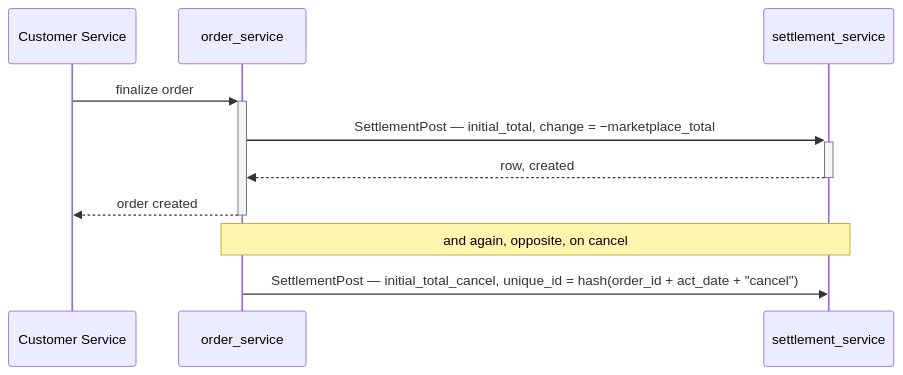
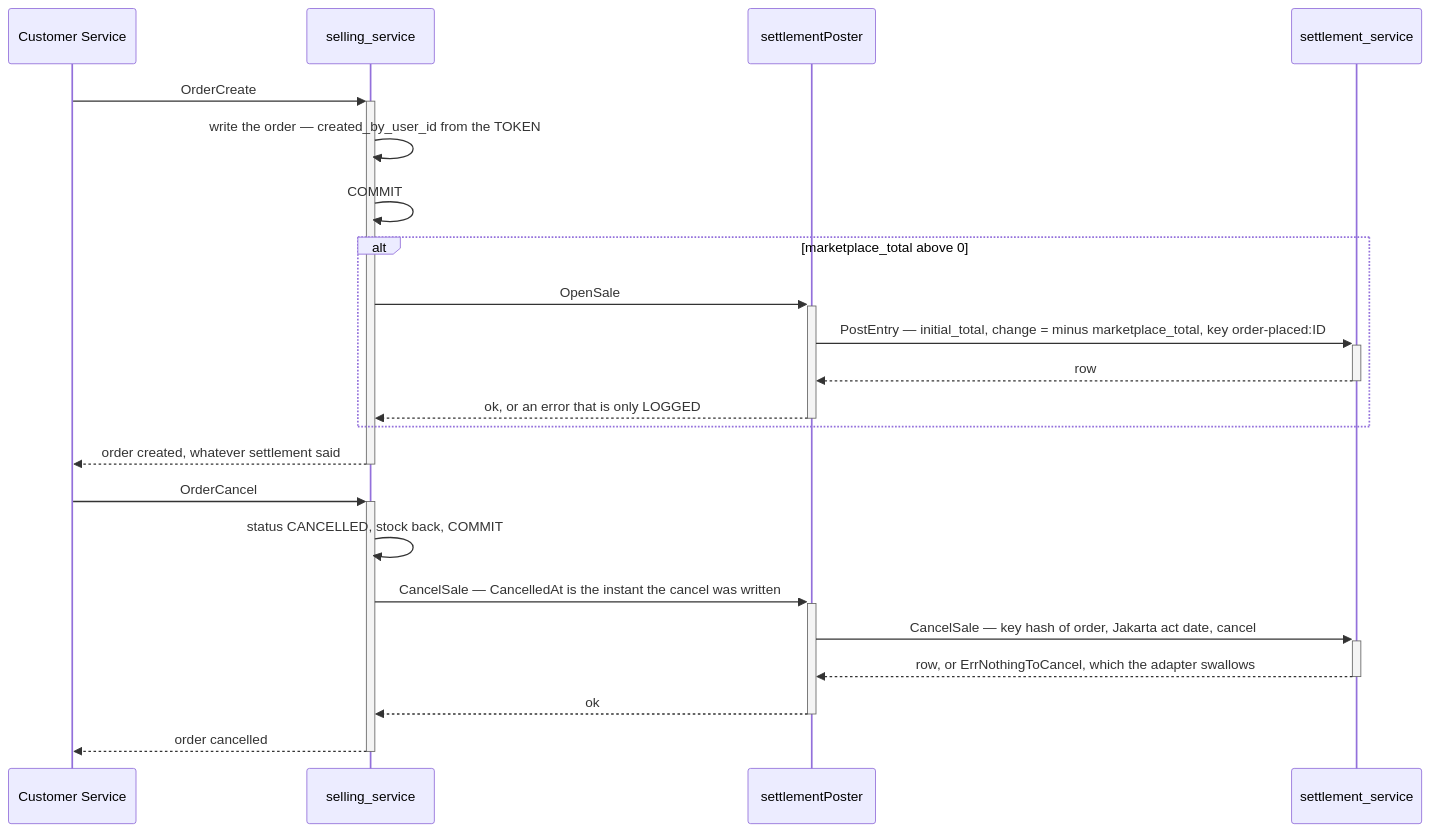
Before and after one commit to pdcgo/warehouse_revamp: the third of 5 diagrams in docs/services/settlement_service/rpc.md, drawn with Mermaid. The commit also changed other lines of this file and 21 other files, not shown here.

````diff
--- a/docs/services/settlement_service/rpc.md
+++ b/docs/services/settlement_service/rpc.md
@@ -92,14 +107,26 @@
 ```mermaid
 sequenceDiagram
   participant CS as Customer Service
-  participant O as order_service
+  participant O as selling_service
+  participant A as settlementPoster
   participant S as settlement_service
 
-  CS->>+O: finalize order
-  O->>+S: SettlementPost — initial_total, change = −marketplace_total
-  S-->>-O: row, created
-  O-->>-CS: order created
+  CS->>+O: OrderCreate
+  O->>O: write the order — created_by_user_id from the TOKEN
+  O->>O: COMMIT
+  alt marketplace_total above 0
+    O->>+A: OpenSale
+    A->>+S: PostEntry — initial_total, change = minus marketplace_total, key order-placed:ID
+    S-->>-A: row
+    A-->>-O: ok, or an error that is only LOGGED
+  end
+  O-->>-CS: order created, whatever settlement said
 
-  Note over O,S: and again, opposite, on cancel
-  O->>S: SettlementPost — initial_total_cancel, unique_id = hash(order_id + act_date + "cancel")
+  CS->>+O: OrderCancel
+  O->>O: status CANCELLED, stock back, COMMIT
+  O->>+A: CancelSale — CancelledAt is the instant the cancel was written
+  A->>+S: CancelSale — key hash of order, Jakarta act date, cancel
+  S-->>-A: row, or ErrNothingToCancel, which the adapter swallows
+  A-->>-O: ok
+  O-->>-CS: order cancelled
 ```
````
